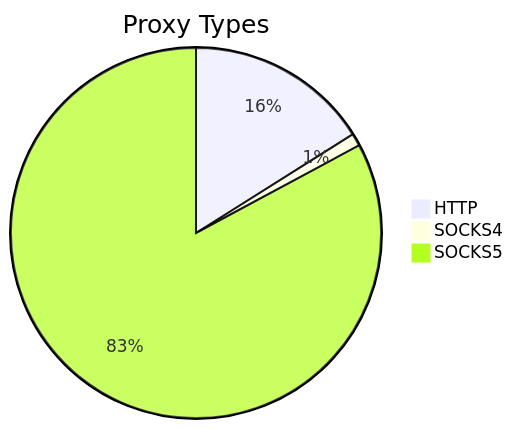
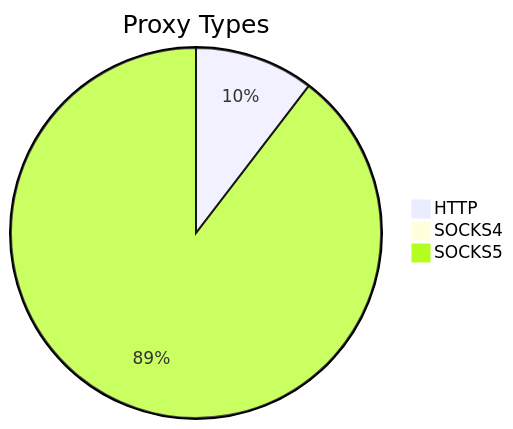
One commit to stormsia/proxy-list changed the first of 2 diagrams in README.md. Above: the diagram before and after it, drawn with Mermaid. The commit also changed other lines of this file, not shown here.

````diff
--- a/README.md
+++ b/README.md
@@ -21,6 +21,6 @@
 ```mermaid
 pie title Proxy Types
-    "HTTP" : 293
-    "SOCKS4" : 20
-    "SOCKS5" : 1512
+    "HTTP" : 186
+    "SOCKS4" : 11
+    "SOCKS5" : 1600
 ```
````
